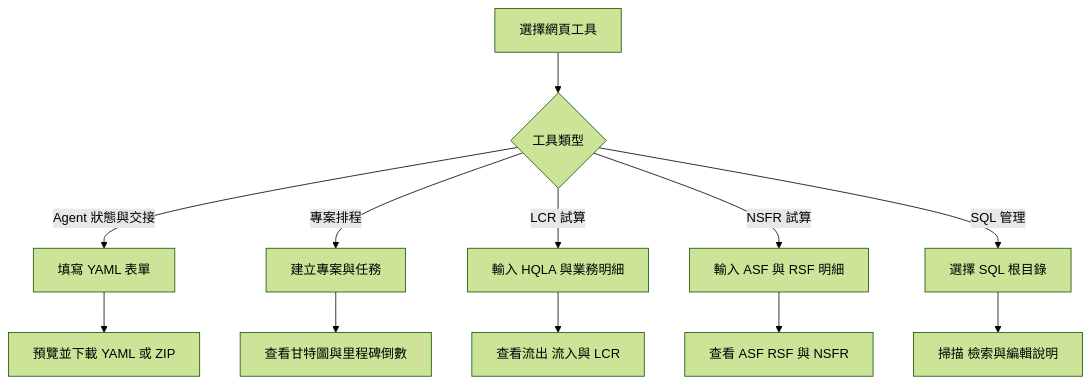
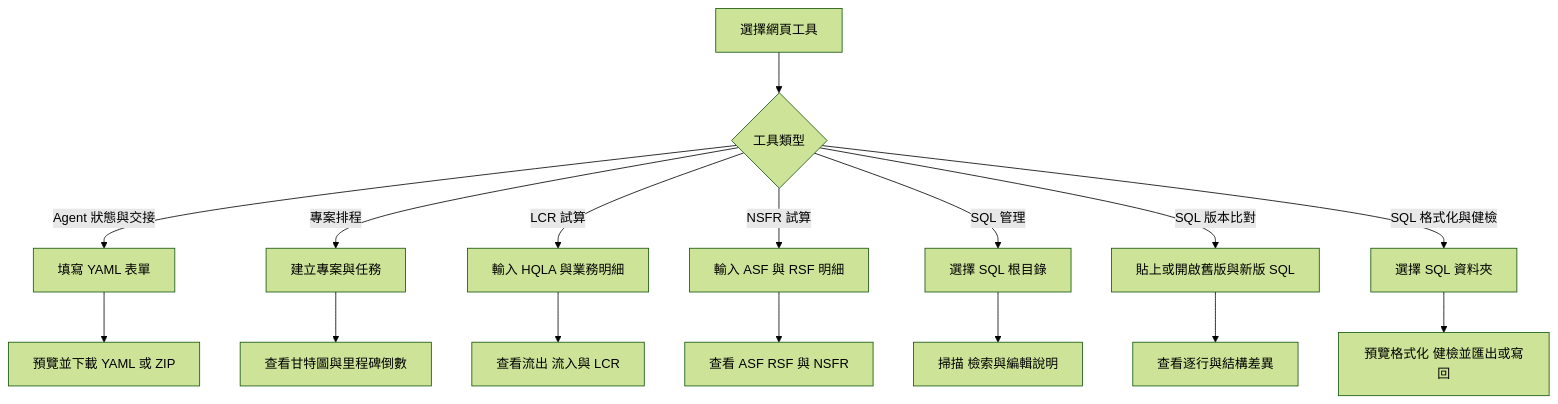
The first of 8 diagrams in README.md (DunkLiao/my-spa-tools), drawn with Mermaid (forest theme) before and after one commit. The commit also changed other lines of this file and 2 other files, not shown here.

Commit message:
Update README and add Oracle SQL tools

````diff
--- a/README.md
+++ b/README.md
@@ -40,14 +44,18 @@
 ```mermaid
 flowchart TD
     A[選擇網頁工具] --> B{工具類型}
     B -->|Agent 狀態與交接| C[填寫 YAML 表單]
     B -->|專案排程| D[建立專案與任務]
     B -->|LCR 試算| E[輸入 HQLA 與業務明細]
     B -->|NSFR 試算| K[輸入 ASF 與 RSF 明細]
     B -->|SQL 管理| I[選擇 SQL 根目錄]
+    B -->|SQL 版本比對| M[貼上或開啟舊版與新版 SQL]
+    B -->|SQL 格式化與健檢| N[選擇 SQL 資料夾]
     C --> F[預覽並下載 YAML 或 ZIP]
     D --> G[查看甘特圖與里程碑倒數]
     E --> H[查看流出 流入與 LCR]
     K --> L[查看 ASF RSF 與 NSFR]
     I --> J[掃描 檢索與編輯說明]
+    M --> O[查看逐行與結構差異]
+    N --> P[預覽格式化 健檢並匯出或寫回]
 ```
````
